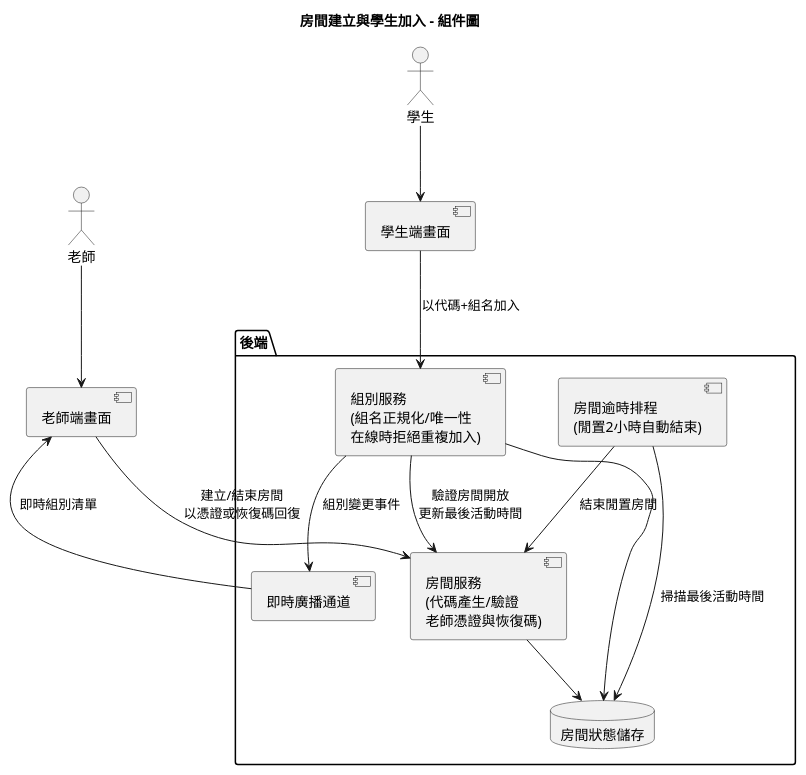
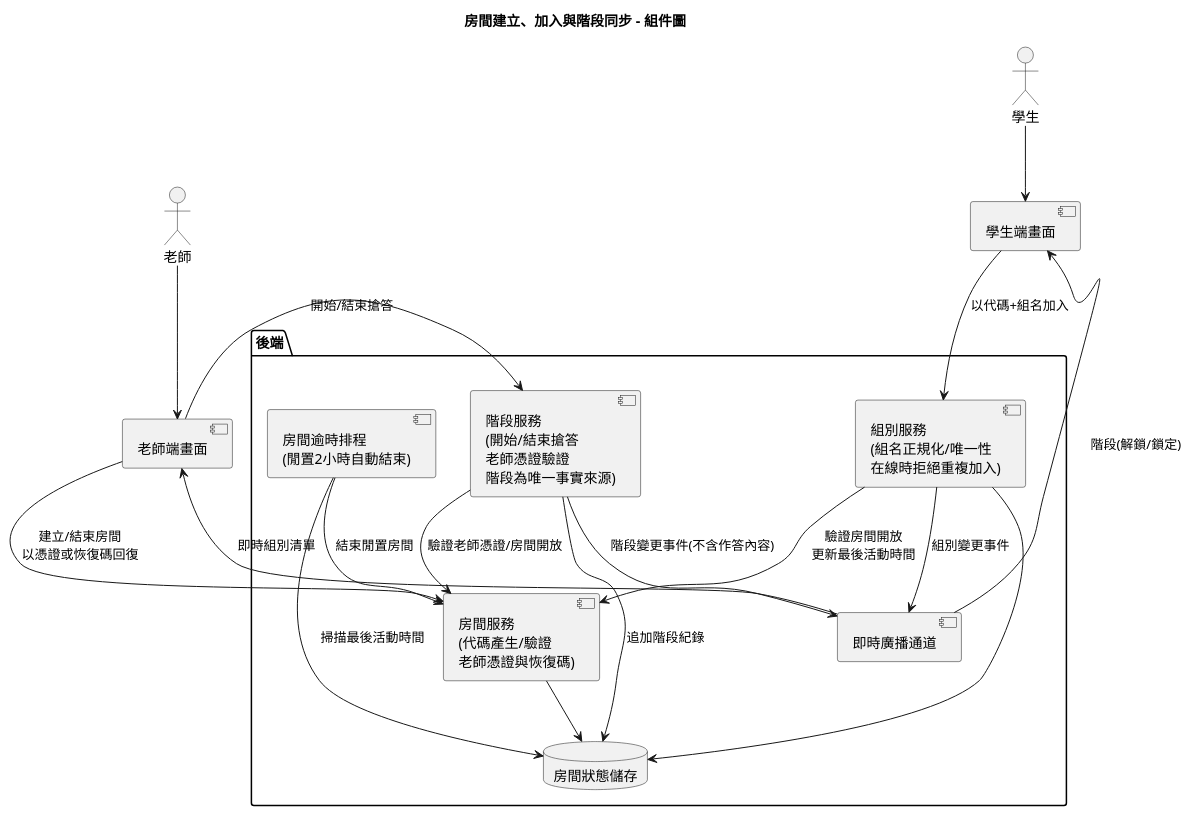
One commit to lin900822/ncu-se-final changed the diagram in diagrams/component.puml. Above: the diagram before and after it, drawn with PlantUML. The commit also changed 29 other files, not shown here.

```diff
--- a/diagrams/component.puml
+++ b/diagrams/component.puml
@@ -1,25 +1,31 @@
 @startuml component
-title 房間建立與學生加入 - 組件圖
+title 房間建立、加入與階段同步 - 組件圖
 actor 老師
 actor 學生
 component "老師端畫面" as TUI
 component "學生端畫面" as SUI
 package "後端" {
   component "房間服務\n(代碼產生/驗證\n老師憑證與恢復碼)" as RoomSvc
   component "組別服務\n(組名正規化/唯一性\n在線時拒絕重複加入)" as GroupSvc
+  component "階段服務\n(開始/結束搶答\n老師憑證驗證\n階段為唯一事實來源)" as PhaseSvc
   component "房間逾時排程\n(閒置2小時自動結束)" as Expiry
   component "即時廣播通道" as Realtime
   database "房間狀態儲存" as Store
 }
 老師 --> TUI
 學生 --> SUI
+TUI --> PhaseSvc : 開始/結束搶答
+PhaseSvc --> RoomSvc : 驗證老師憑證/房間開放
+PhaseSvc --> Store : 追加階段紀錄
+PhaseSvc --> Realtime : 階段變更事件(不含作答內容)
+Realtime --> SUI : 階段(解鎖/鎖定)
 TUI --> RoomSvc : 建立/結束房間\n以憑證或恢復碼回復
 SUI --> GroupSvc : 以代碼+組名加入
 GroupSvc --> RoomSvc : 驗證房間開放\n更新最後活動時間
 RoomSvc --> Store
 GroupSvc --> Store
 Expiry --> RoomSvc : 結束閒置房間
 Expiry --> Store : 掃描最後活動時間
 GroupSvc --> Realtime : 組別變更事件
 Realtime --> TUI : 即時組別清單
 @enduml
```
